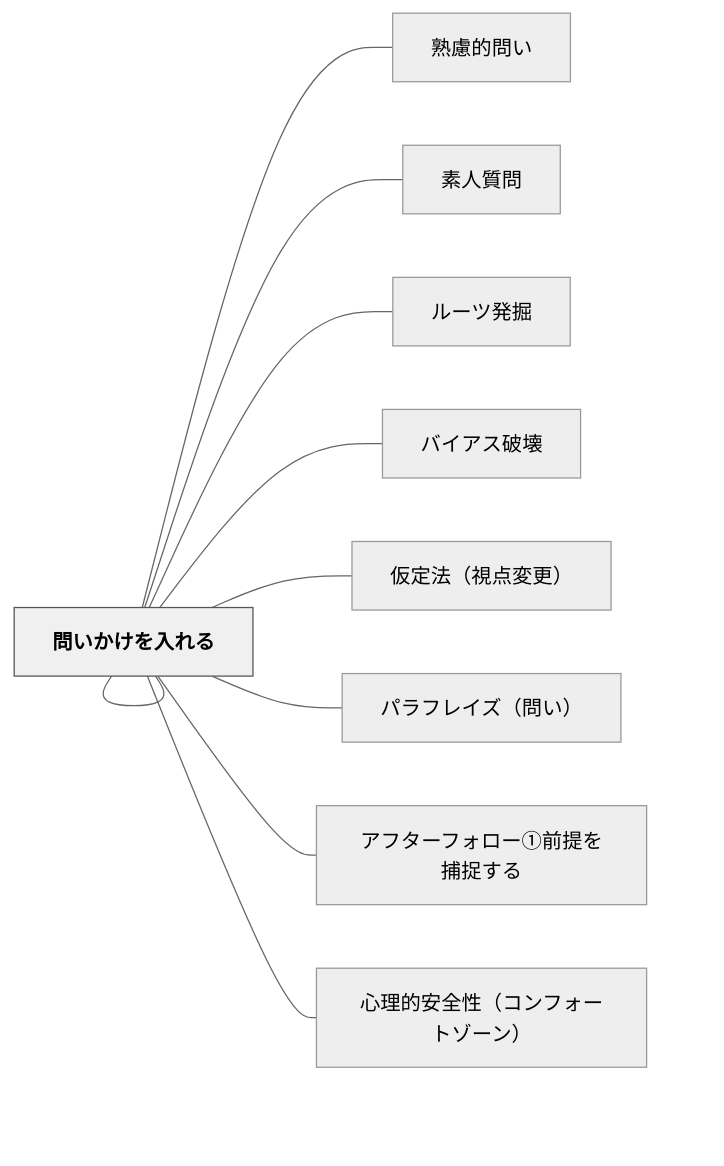
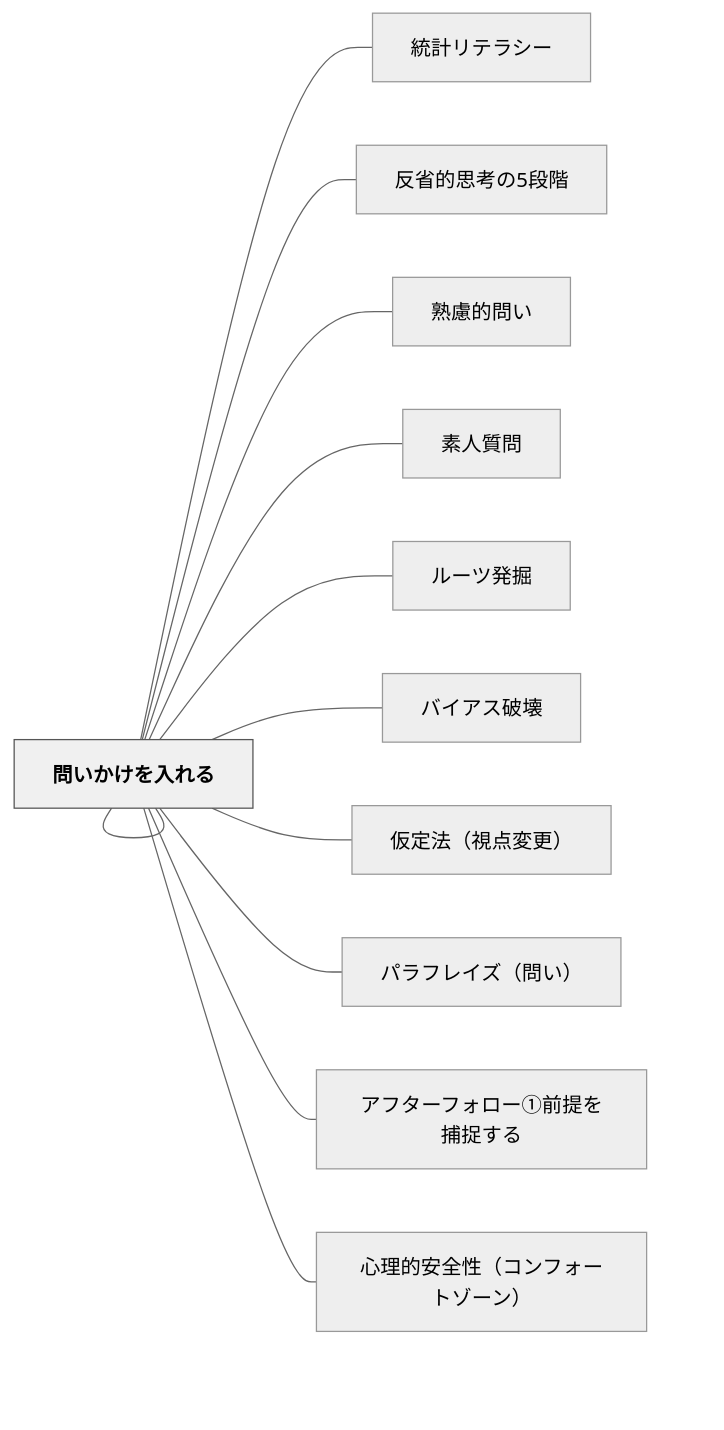
The diagram in content/パタン/問いかけの見立て.md (unknownthings-ed-patterns/unknownthings-ed-patterns), drawn with Mermaid (neutral theme) before and after one commit. The commit also changed other lines of this file and 473 other files, not shown here.

````diff
--- a/content/パタン/問いかけの見立て.md
+++ b/content/パタン/問いかけの見立て.md
@@ -111,26 +113,30 @@
 ```mermaid
 flowchart LR
     ne5958fe38184["問いかけの見立て"]
+    ne7b5b1e8a888["統計リテラシー"]
+    ne58f8de79c81["反省的思考の5段階"]
     ne7869fe685ae["熟慮的問い"]
     ne5958fe38184["問いかけを入れる"]
     ne7b4a0e4baba["素人質問"]
     ne383abe383bc["ルーツ発掘"]
     ne38390e382a4["バイアス破壊"]
     ne4bbaee5ae9a["仮定法（視点変更）"]
     ne38391e383a9["パラフレイズ（問い）"]
     ne382a2e38395["アフターフォロー①前提を捕捉する"]
     ne5bf83e79086["心理的安全性（コンフォートゾーン）"]
 
+    ne5958fe38184 --- ne7b5b1e8a888
+    ne5958fe38184 --- ne58f8de79c81
     ne5958fe38184 --- ne7869fe685ae
     ne5958fe38184 --- ne5958fe38184
     ne5958fe38184 --- ne7b4a0e4baba
     ne5958fe38184 --- ne383abe383bc
     ne5958fe38184 --- ne38390e382a4
     ne5958fe38184 --- ne4bbaee5ae9a
     ne5958fe38184 --- ne38391e383a9
     ne5958fe38184 --- ne382a2e38395
     ne5958fe38184 --- ne5bf83e79086
 
     classDef hub fill:#f0f0f0,stroke:#555,color:#000,font-weight:bold
     class ne5958fe38184 hub
 ```
````
